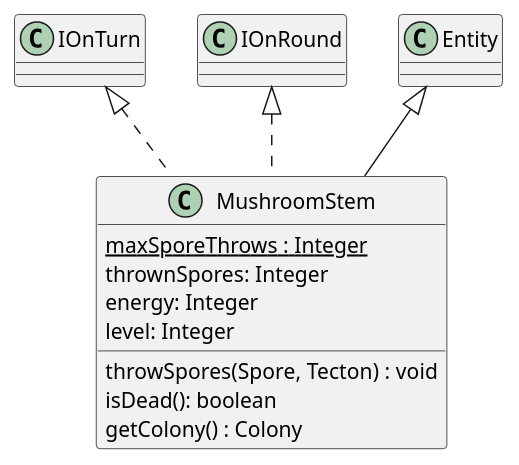
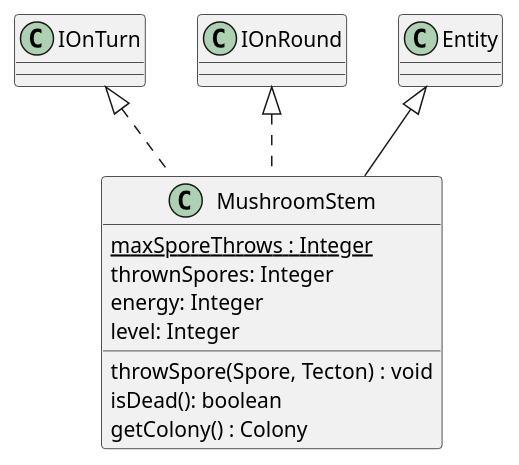
Before and after one commit to Petya-G/fungorium: the diagram in 3/classes/mushroomStem.puml, drawn with PlantUML.

```diff
--- a/3/classes/mushroomStem.puml
+++ b/3/classes/mushroomStem.puml
@@ -1,15 +1,15 @@
 @startuml mushroomStem
 
 IOnTurn <|.. MushroomStem
 IOnRound <|.. MushroomStem
 Entity <|-- MushroomStem 
 class MushroomStem{
     {static} maxSporeThrows : Integer
     thrownSpores: Integer
     energy: Integer
     level: Integer
-    throwSpores(Spore, Tecton) : void
+    throwSpore(Spore, Tecton) : void
     isDead(): boolean
     getColony() : Colony
 }
 @enduml
```
